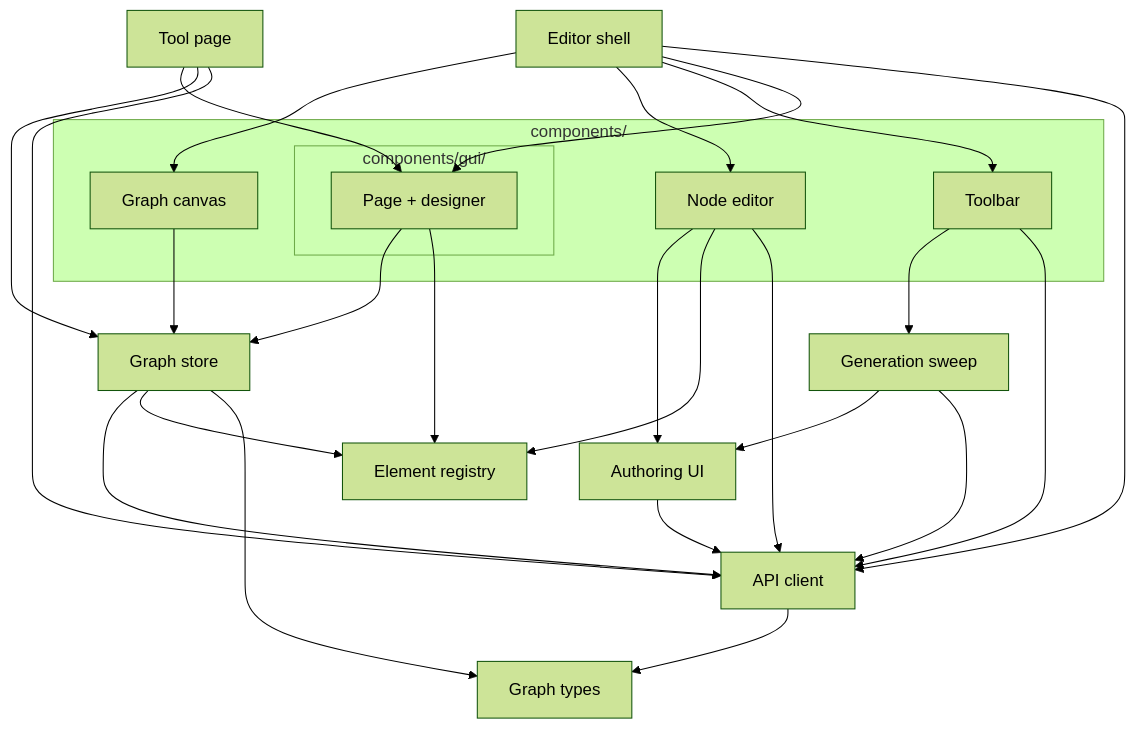
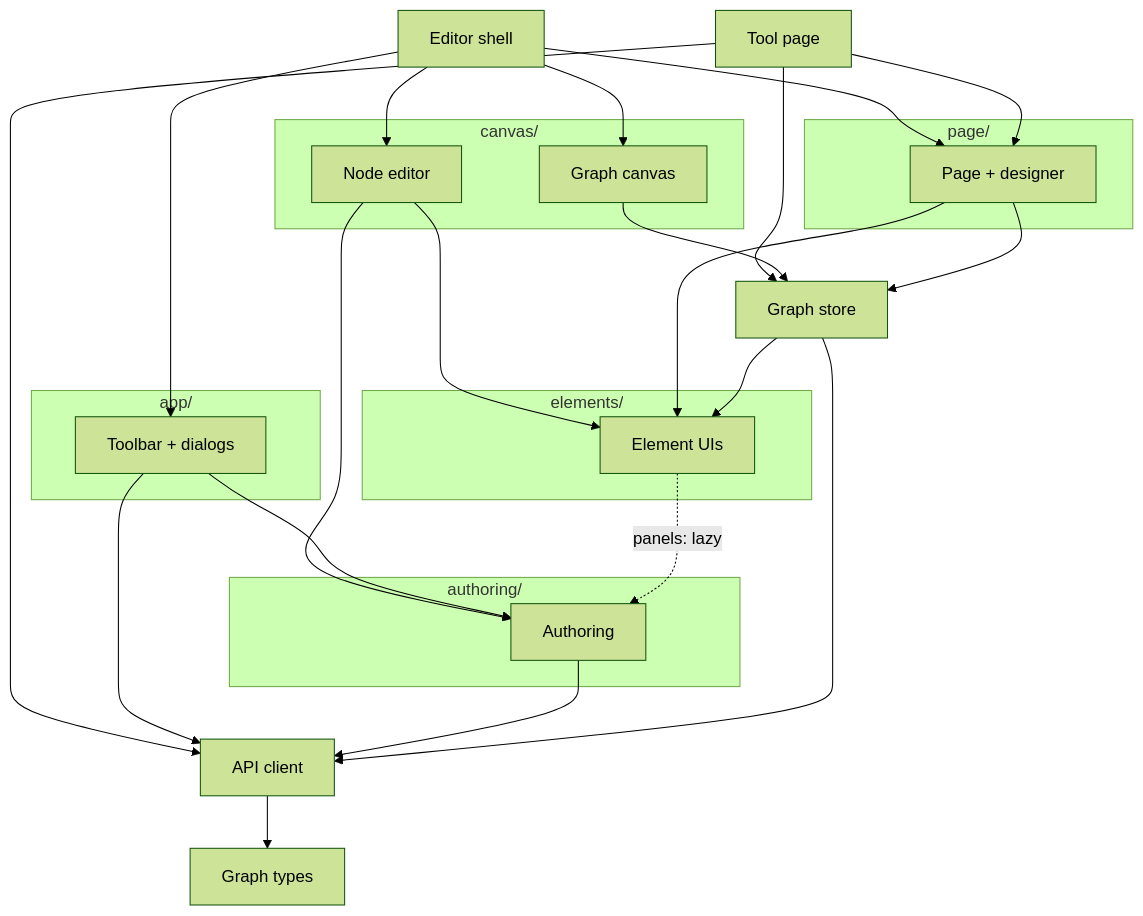
One commit to Archimedes79/AI_Graph changed the diagram in arch/editor.md. Above: the diagram before and after it, drawn with Mermaid (forest theme). The commit also changed other lines of this file and 7 other files, not shown here.

````diff
--- a/arch/editor.md
+++ b/arch/editor.md
@@ -8,45 +9,46 @@
 ```mermaid
 flowchart TD
   App["Editor shell"]
   Runtime["Tool page"]
 
-  subgraph components["components/"]
+  subgraph app["app/"]
+    Toolbar["Toolbar + dialogs"]
+  end
+  subgraph canvas["canvas/"]
     Canvas["Graph canvas"]
     NodeEd["Node editor"]
-    Toolbar["Toolbar"]
-    subgraph gui["components/gui/"]
-      Page["Page + designer"]
-    end
+  end
+  subgraph page["page/"]
+    Page["Page + designer"]
+  end
+  subgraph elements["elements/"]
+    Registry["Element UIs"]
+  end
+  subgraph authoring["authoring/"]
+    Authoring["Authoring"]
   end
 
   Store["Graph store"]
-  Registry["Element registry"]
-  Shared["Authoring UI"]
-  Sweep["Generation sweep"]
   Client["API client"]
-  Types["Graph types"]
+  Graph["Graph types"]
 
   App --> Canvas
   App --> NodeEd
   App --> Toolbar
   App --> Page
-  App --> Client
   Runtime --> Page
   Runtime --> Store
   Runtime --> Client
   Canvas --> Store
-  NodeEd --> Shared
   NodeEd --> Registry
-  NodeEd --> Client
-  Toolbar --> Sweep
+  NodeEd --> Authoring
+  Toolbar --> Authoring
   Toolbar --> Client
+  Page --> Registry
   Page --> Store
-  Page --> Registry
-  Sweep --> Shared
-  Sweep --> Client
-  Shared --> Client
+  Registry -. "panels: lazy" .-> Authoring
+  Authoring --> Client
   Store --> Client
   Store --> Registry
-  Store --> Types
-  Client --> Types
+  Client --> Graph
 ```
````
